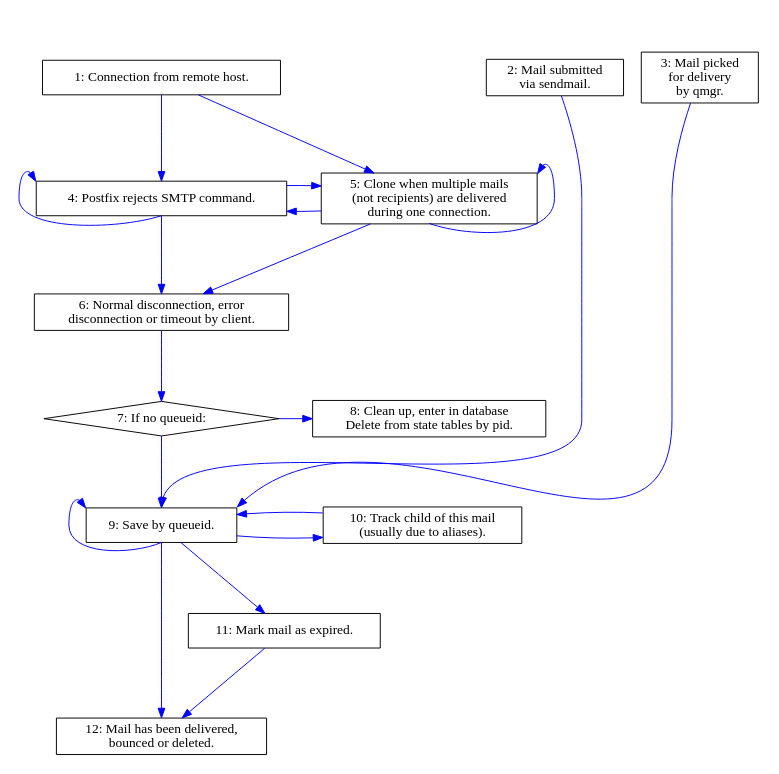
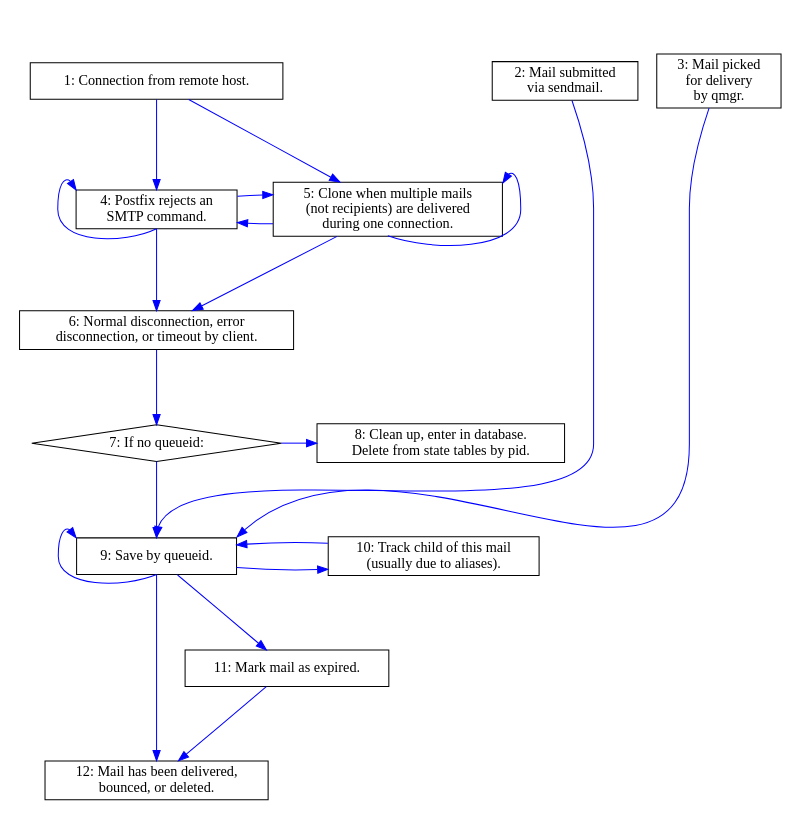
Before and after one commit to tobinjt/ASO: the diagram in doc/logparser-flow-chart-part-1.dot, drawn with Graphviz. The commit also changed 1 other file, not shown here.

Commit message:
Improved introduction and flow chart diagram in the flow chart section of the implementation chapter.

```diff
--- a/doc/logparser-flow-chart-part-1.dot
+++ b/doc/logparser-flow-chart-part-1.dot
@@ -1,110 +1,110 @@
 /* vim: set textwidth=160 : */
 /* $Id$ */
 
 digraph logparser {
     graph [
         /* This seems to be width, height - but they interact strangely, so 
          * I'm never sure.
          */
-        size = "5.2, 8.4"
+        size = "5.3, 8.4"
         margin = "0"
         center = true
     ]
     node [
         shape = box
     ]
     edge [
         color = blue
         fontcolor = red
         minlen = 2
     ]
 
     /* EDGES */
     /* Connect from client */
     connect                         -> { rejection } [weight = 5]
     rejection                       -> { rejection } [dir = back, headport = s, tailport = nw]
     rejection                       -> { disconnect } [weight = 5]
     connect                         -> { clone }
     clone                           -> { clone } [dir = back, headport = s, tailport = ne]
     clone                           -> { disconnect }
     clone                           -> { rejection }
     rejection                       -> { clone }
 
     /* Disconnect without queueid */
     disconnect                      -> { if_no_queueid } [weight = 5]
     if_no_queueid                   -> { fixup_enter_in_db_disconnect }
 
     /* Disconnect with queueid */
     if_no_queueid                   -> { save_by_queueid } [weight = 5]
 
     /* Misc entry */
     pickup                          -> { save_by_queueid } [headport = n]
     qmgr_chooses_mail               -> { save_by_queueid } [headport = ne]
     /* Graph placement */
     connect                         -> { pickup } [style = invis, weight = 0]
     connect                         -> { qmgr_chooses_mail } [style = invis, weight = 0]
 
     /* Save results by queueid */
     save_by_queueid                 -> { track } [minlen = 5]
     track                           -> { save_by_queueid }
     save_by_queueid                 -> { save_by_queueid } [dir = back, headport = s, tailport = nw]
     save_by_queueid                 -> { commit } [weight = 10]
 
     /* Expired mails */
     save_by_queueid                 -> { expiry }
     expiry                          -> { commit } [weight = 0]
 
     /* NODE LABELS */
-    rejection                       [label = "4: Postfix rejects SMTP command."]
+    rejection                       [label = "4: Postfix rejects an\nSMTP command."]
     connect                         [label = "1: Connection from remote host."]
     clone                           [label = "5: Clone when multiple mails\n(not recipients) are delivered\nduring one connection."]
 
     /* Disconnect without queueid */
-    disconnect                      [label = "6: Normal disconnection, error\ndisconnection or timeout by client."]
+    disconnect                      [label = "6: Normal disconnection, error\ndisconnection, or timeout by client."]
     if_no_queueid                   [label = "7: If no queueid:", shape = diamond]
-    fixup_enter_in_db_disconnect    [label = "8: Clean up, enter in database\nDelete from state tables by pid."]
+    fixup_enter_in_db_disconnect    [label = "8: Clean up, enter in database.\nDelete from state tables by pid."]
 
     /* Disconnect with queueid - already covered */
 
     /* Misc entry */
     pickup                          [label = "2: Mail submitted\nvia sendmail."]
     qmgr_chooses_mail               [label = "3: Mail picked \nfor delivery\nby qmgr."]
 
     /* Save results by queueid */
     save_by_queueid                 [label = "9: Save by queueid."]
     track                           [label = "10: Track child of this mail\n(usually due to aliases)."]
 
     /* Expiry */
     expiry                          [label = "11: Mark mail as expired."]
 
     /* Commit is complicated */
     /* Neither parent nor child. */
-    commit                          [label = "12: Mail has been delivered,\nbounced or deleted."]
+    commit                          [label = "12: Mail has been delivered,\nbounced, or deleted."]
 
     /* SUB-GRAPHS */
     subgraph sources {
         rank = source
         pickup
         qmgr_chooses_mail
         connect
     }
 
     subgraph clone_or_save {
         rank = same
         clone
         rejection
     }
 
     subgraph disconnect_without_queueid {
         rank = same
         if_no_queueid
         fixup_enter_in_db_disconnect
     }
 
     subgraph save_or_track {
         rank = same
         track
         save_by_queueid
     }
 
 }
```
